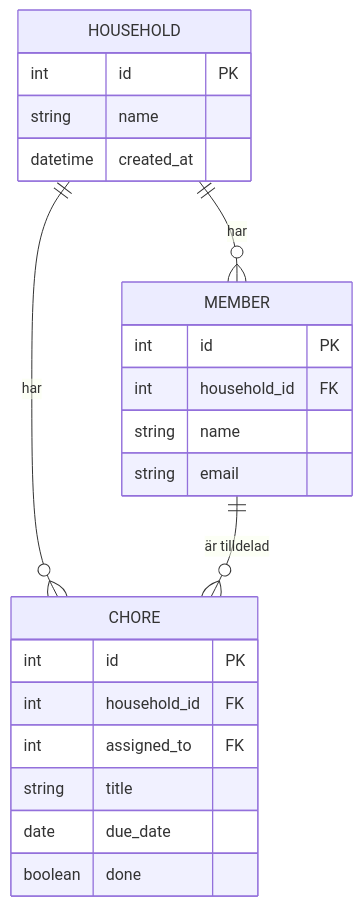
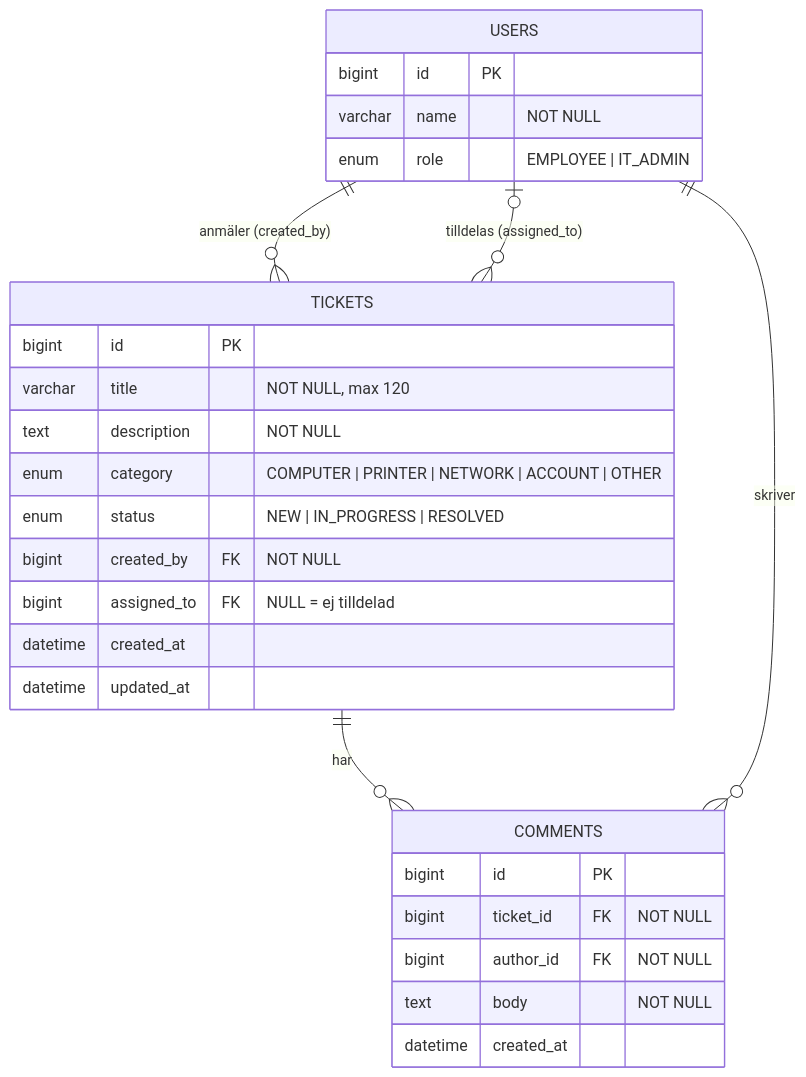
One commit to theBANDsoftware/Helpdesk_BANMD changed the diagram in docs/databasschema.md. Above: the diagram before and after it, drawn with Mermaid. The commit also changed other lines of this file and 2 other files, not shown here.

First line of the commit message:
TB-10 Lägg till utkast till databasschema

````diff
--- a/docs/databasschema.md
+++ b/docs/databasschema.md
@@ -19,26 +11,31 @@
 ```mermaid
 erDiagram
-    HOUSEHOLD ||--o{ MEMBER : har
-    HOUSEHOLD ||--o{ CHORE : har
-    MEMBER ||--o{ CHORE : "är tilldelad"
+    USERS ||--o{ TICKETS : "anmäler (created_by)"
+    USERS |o--o{ TICKETS : "tilldelas (assigned_to)"
+    TICKETS ||--o{ COMMENTS : har
+    USERS ||--o{ COMMENTS : skriver
 
-    HOUSEHOLD {
-        int id PK
-        string name
+    USERS {
+        bigint id PK
+        varchar name "NOT NULL"
+        enum role "EMPLOYEE | IT_ADMIN"
+    }
+    TICKETS {
+        bigint id PK
+        varchar title "NOT NULL, max 120"
+        text description "NOT NULL"
+        enum category "COMPUTER | PRINTER | NETWORK | ACCOUNT | OTHER"
+        enum status "NEW | IN_PROGRESS | RESOLVED"
+        bigint created_by FK "NOT NULL"
+        bigint assigned_to FK "NULL = ej tilldelad"
+        datetime created_at
+        datetime updated_at
+    }
+    COMMENTS {
+        bigint id PK
+        bigint ticket_id FK "NOT NULL"
+        bigint author_id FK "NOT NULL"
+        text body "NOT NULL"
         datetime created_at
     }
-    MEMBER {
-        int id PK
-        int household_id FK
-        string name
-        string email
-    }
-    CHORE {
-        int id PK
-        int household_id FK
-        int assigned_to FK
-        string title
-        date due_date
-        boolean done
-    }
 ```
````
